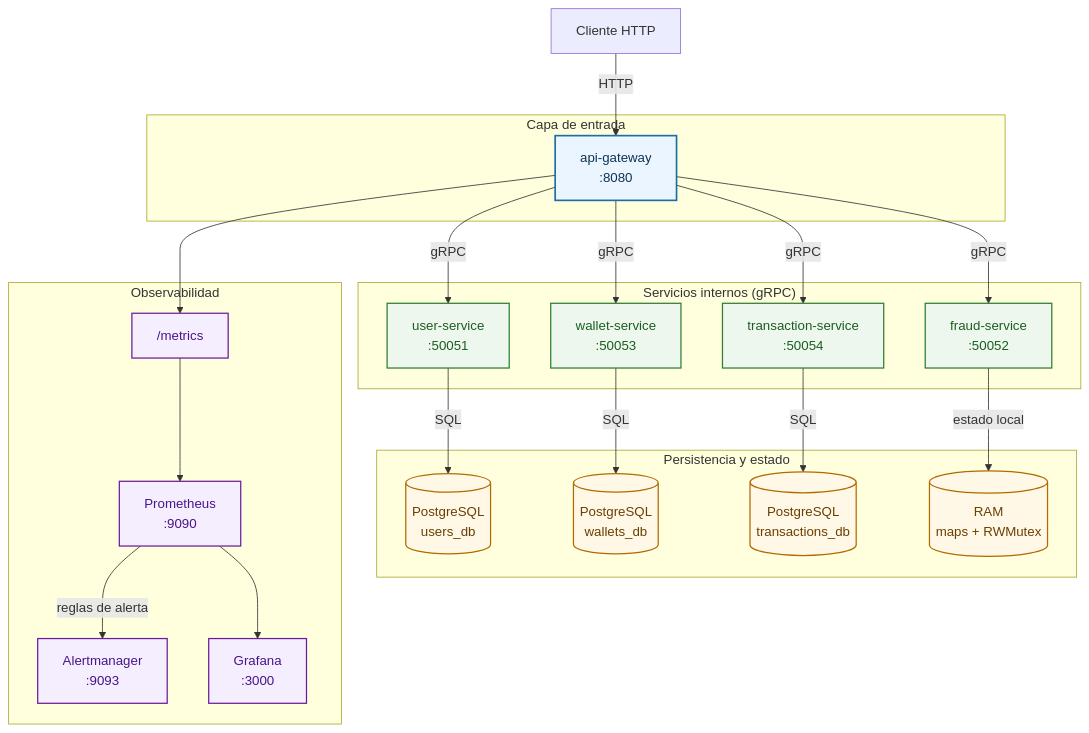
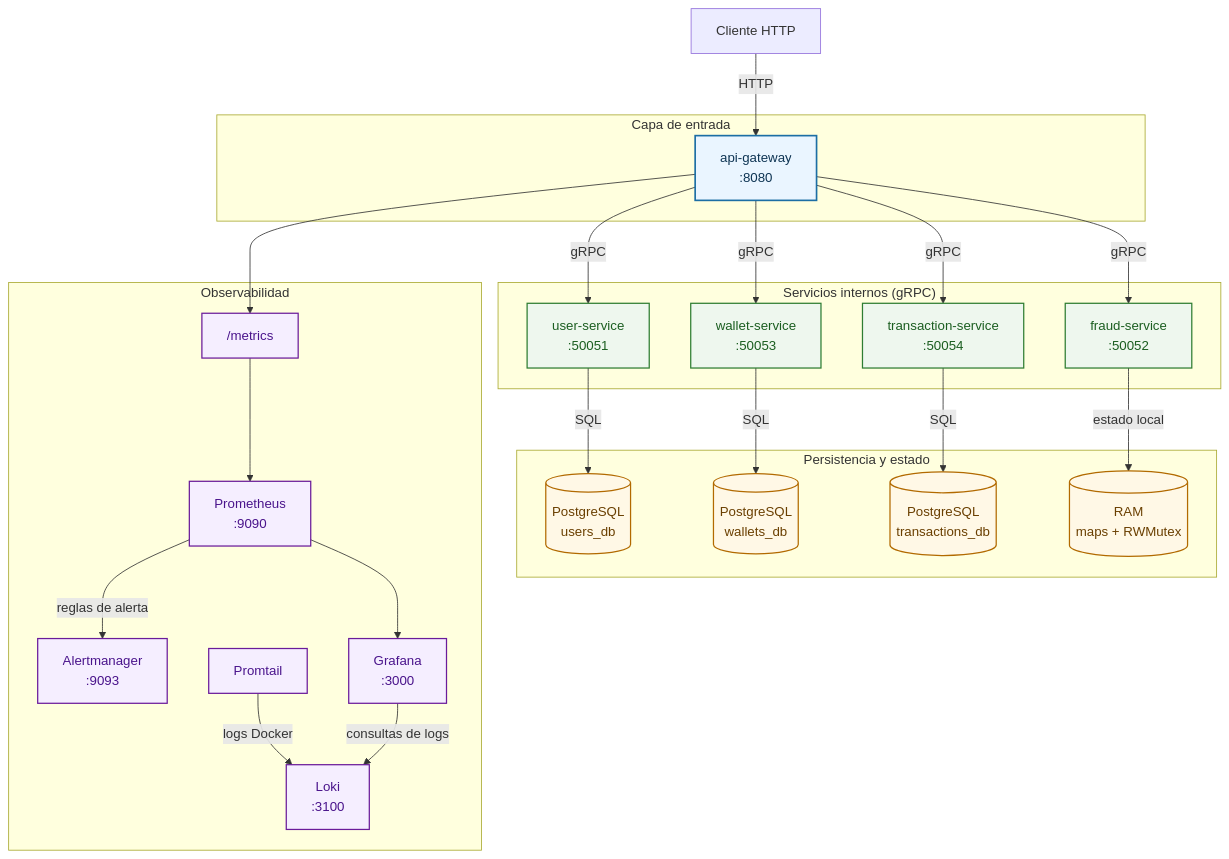
The first of 4 diagrams in architecture.md (Lucascabral95/peer-ledger-microservices-grpc), drawn with Mermaid before and after one commit. The commit also changed other lines of this file and 15 other files, not shown here.

````diff
--- a/architecture.md
+++ b/architecture.md
@@ -21,55 +21,59 @@
 ```mermaid
 flowchart TB
     client["Cliente HTTP"]
 
     subgraph edge["Capa de entrada"]
       gw["api-gateway<br/>:8080"]
     end
 
     subgraph services["Servicios internos (gRPC)"]
       us["user-service<br/>:50051"]
       fs["fraud-service<br/>:50052"]
       ws["wallet-service<br/>:50053"]
       ts["transaction-service<br/>:50054"]
     end
 
     subgraph data["Persistencia y estado"]
       usersdb[("PostgreSQL<br/>users_db")]
       walletsdb[("PostgreSQL<br/>wallets_db")]
       txdb[("PostgreSQL<br/>transactions_db")]
       fraudram[("RAM<br/>maps + RWMutex")]
     end
 
     subgraph obs["Observabilidad"]
       metrics["/metrics"]
       prom["Prometheus<br/>:9090"]
       am["Alertmanager<br/>:9093"]
+      loki["Loki<br/>:3100"]
+      promtail["Promtail"]
       graf["Grafana<br/>:3000"]
     end
 
     client -->|HTTP| gw
     gw -->|gRPC| us
     gw -->|gRPC| fs
     gw -->|gRPC| ws
     gw -->|gRPC| ts
 
     us -->|SQL| usersdb
     ws -->|SQL| walletsdb
     ts -->|SQL| txdb
     fs -->|estado local| fraudram
 
     gw --> metrics
     metrics --> prom
     prom -->|reglas de alerta| am
     prom --> graf
+    promtail -->|logs Docker| loki
+    graf -->|consultas de logs| loki
 
     classDef edgeStyle fill:#EAF5FF,stroke:#1C6EA4,stroke-width:2px,color:#0F3554;
     classDef svcStyle fill:#EEF7EE,stroke:#2E7D32,stroke-width:1.5px,color:#1B5E20;
     classDef dataStyle fill:#FFF8E6,stroke:#B26A00,stroke-width:1.5px,color:#6A3F00;
     classDef obsStyle fill:#F5EEFF,stroke:#6A1B9A,stroke-width:1.5px,color:#4A148C;
 
     class gw edgeStyle;
     class us,fs,ws,ts svcStyle;
     class usersdb,walletsdb,txdb,fraudram dataStyle;
-    class metrics,prom,am,graf obsStyle;
+    class metrics,prom,am,loki,promtail,graf obsStyle;
 ```
````
